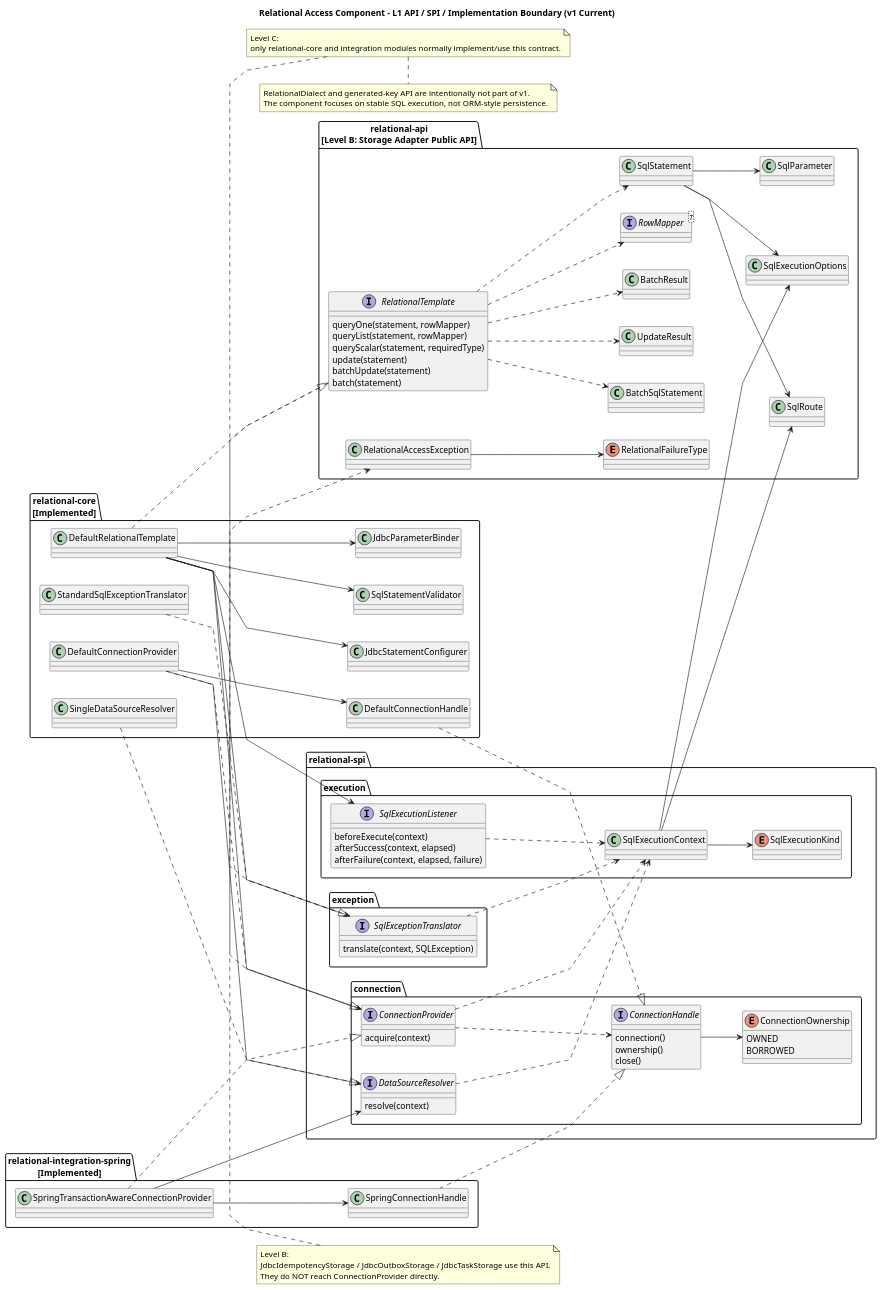
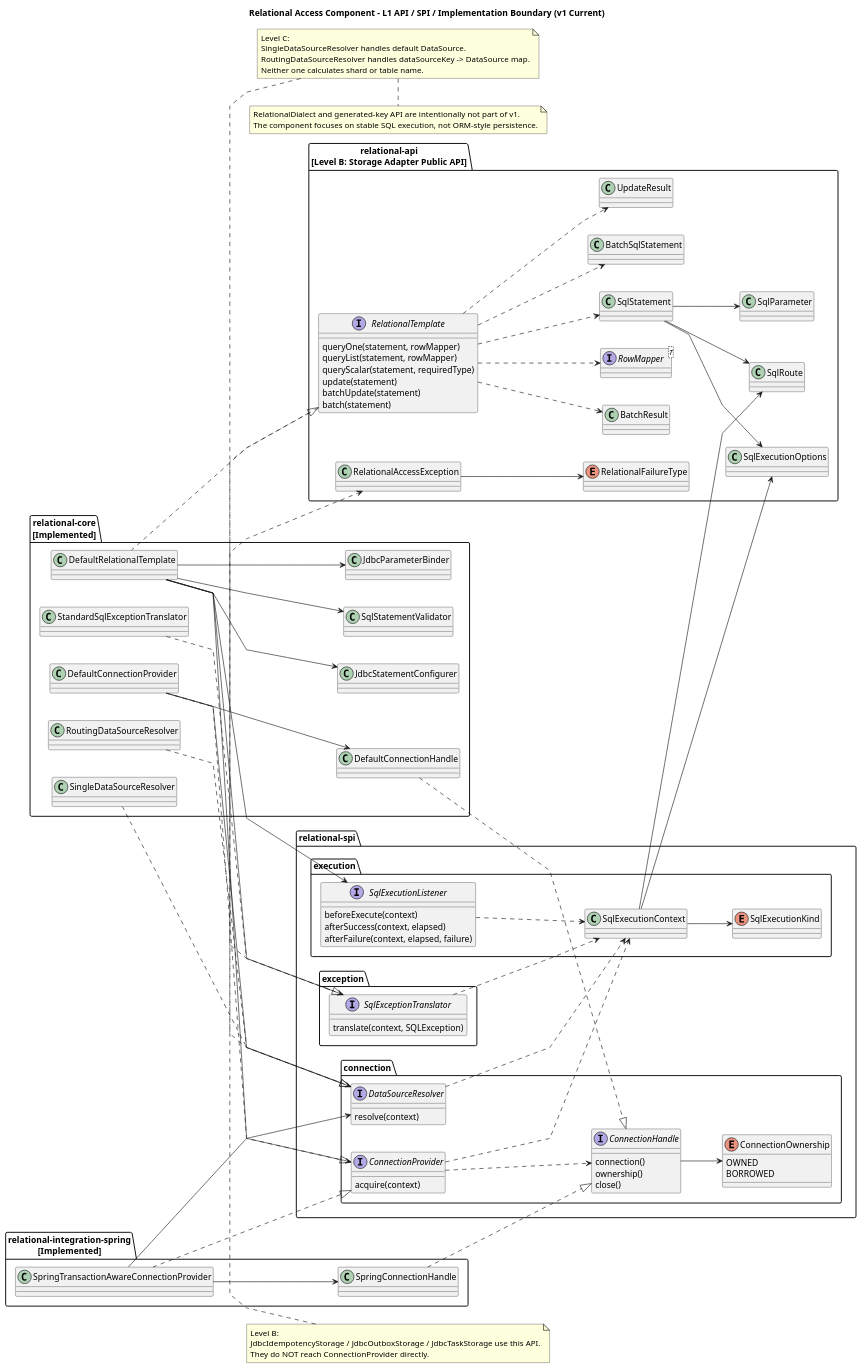
Before and after one commit to pbxjtumse/iron-components-java: the diagram in component/relational-access-component/docs/component/01-api-spi-boundary.puml, drawn with PlantUML.

Commit message:
docs(relational-access): update api spi diagram for routing resolver

```diff
--- a/component/relational-access-component/docs/component/01-api-spi-boundary.puml
+++ b/component/relational-access-component/docs/component/01-api-spi-boundary.puml
@@ -1,139 +1,143 @@
 @startuml
 title Relational Access Component - L1 API / SPI / Implementation Boundary (v1 Current)
 
 left to right direction
 skinparam shadowing false
 skinparam linetype polyline
 skinparam classAttributeIconSize 0
 skinparam nodesep 45
 skinparam ranksep 55
 
 package "relational-api\n[Level B: Storage Adapter Public API]" {
   interface RelationalTemplate {
     queryOne(statement, rowMapper)
     queryList(statement, rowMapper)
     queryScalar(statement, requiredType)
     update(statement)
     batchUpdate(statement)
     batch(statement)
   }
   interface "RowMapper<T>" as RowMapper
   class SqlStatement
   class BatchSqlStatement
   class SqlParameter
   class SqlExecutionOptions
   class SqlRoute
   class UpdateResult
   class BatchResult
   class RelationalAccessException
   enum RelationalFailureType
 }
 
 package "relational-spi.connection" {
   interface ConnectionProvider {
     acquire(context)
   }
   interface ConnectionHandle {
     connection()
     ownership()
     close()
   }
   enum ConnectionOwnership {
     OWNED
     BORROWED
   }
   interface DataSourceResolver {
     resolve(context)
   }
 }
 
 package "relational-spi.exception" {
   interface SqlExceptionTranslator {
     translate(context, SQLException)
   }
 }
 
 package "relational-spi.execution" {
   interface SqlExecutionListener {
     beforeExecute(context)
     afterSuccess(context, elapsed)
     afterFailure(context, elapsed, failure)
   }
   class SqlExecutionContext
   enum SqlExecutionKind
 }
 
 package "relational-core\n[Implemented]" {
   class DefaultRelationalTemplate
   class SqlStatementValidator
   class JdbcParameterBinder
   class JdbcStatementConfigurer
   class DefaultConnectionProvider
   class DefaultConnectionHandle
   class SingleDataSourceResolver
+  class RoutingDataSourceResolver
   class StandardSqlExceptionTranslator
 }
 
 package "relational-integration-spring\n[Implemented]" {
   class SpringTransactionAwareConnectionProvider
   class SpringConnectionHandle
 }
 
 RelationalTemplate <|.. DefaultRelationalTemplate
 DefaultRelationalTemplate --> SqlStatementValidator
 DefaultRelationalTemplate --> JdbcParameterBinder
 DefaultRelationalTemplate --> JdbcStatementConfigurer
 DefaultRelationalTemplate --> ConnectionProvider
 DefaultRelationalTemplate --> SqlExceptionTranslator
 DefaultRelationalTemplate --> SqlExecutionListener
 
 RelationalTemplate ..> SqlStatement
 RelationalTemplate ..> BatchSqlStatement
 RelationalTemplate ..> RowMapper
 RelationalTemplate ..> UpdateResult
 RelationalTemplate ..> BatchResult
 SqlStatement --> SqlParameter
 SqlStatement --> SqlExecutionOptions
 SqlStatement --> SqlRoute
 RelationalAccessException --> RelationalFailureType
 
 ConnectionProvider ..> SqlExecutionContext
 ConnectionProvider ..> ConnectionHandle
 ConnectionHandle --> ConnectionOwnership
 DataSourceResolver ..> SqlExecutionContext
 SqlExceptionTranslator ..> SqlExecutionContext
 SqlExceptionTranslator ..> RelationalAccessException
 SqlExecutionListener ..> SqlExecutionContext
 SqlExecutionContext --> SqlExecutionOptions
 SqlExecutionContext --> SqlRoute
 SqlExecutionContext --> SqlExecutionKind
 
 DefaultConnectionProvider ..|> ConnectionProvider
 DefaultConnectionProvider --> DataSourceResolver
 DefaultConnectionProvider --> DefaultConnectionHandle
 DefaultConnectionHandle ..|> ConnectionHandle
 SingleDataSourceResolver ..|> DataSourceResolver
+RoutingDataSourceResolver ..|> DataSourceResolver
 StandardSqlExceptionTranslator ..|> SqlExceptionTranslator
 
 SpringTransactionAwareConnectionProvider ..|> ConnectionProvider
 SpringTransactionAwareConnectionProvider --> DataSourceResolver
 SpringTransactionAwareConnectionProvider --> SpringConnectionHandle
 SpringConnectionHandle ..|> ConnectionHandle
 
 note top of RelationalTemplate
 Level B:
 JdbcIdempotencyStorage / JdbcOutboxStorage / JdbcTaskStorage use this API.
 They do NOT reach ConnectionProvider directly.
 end note
 
-note top of ConnectionProvider
+note top of DataSourceResolver
 Level C:
-only relational-core and integration modules normally implement/use this contract.
+SingleDataSourceResolver handles default DataSource.
+RoutingDataSourceResolver handles dataSourceKey -> DataSource map.
+Neither one calculates shard or table name.
 end note
 
 note bottom
 RelationalDialect and generated-key API are intentionally not part of v1.
 The component focuses on stable SQL execution, not ORM-style persistence.
 end note
 
 @enduml
```
